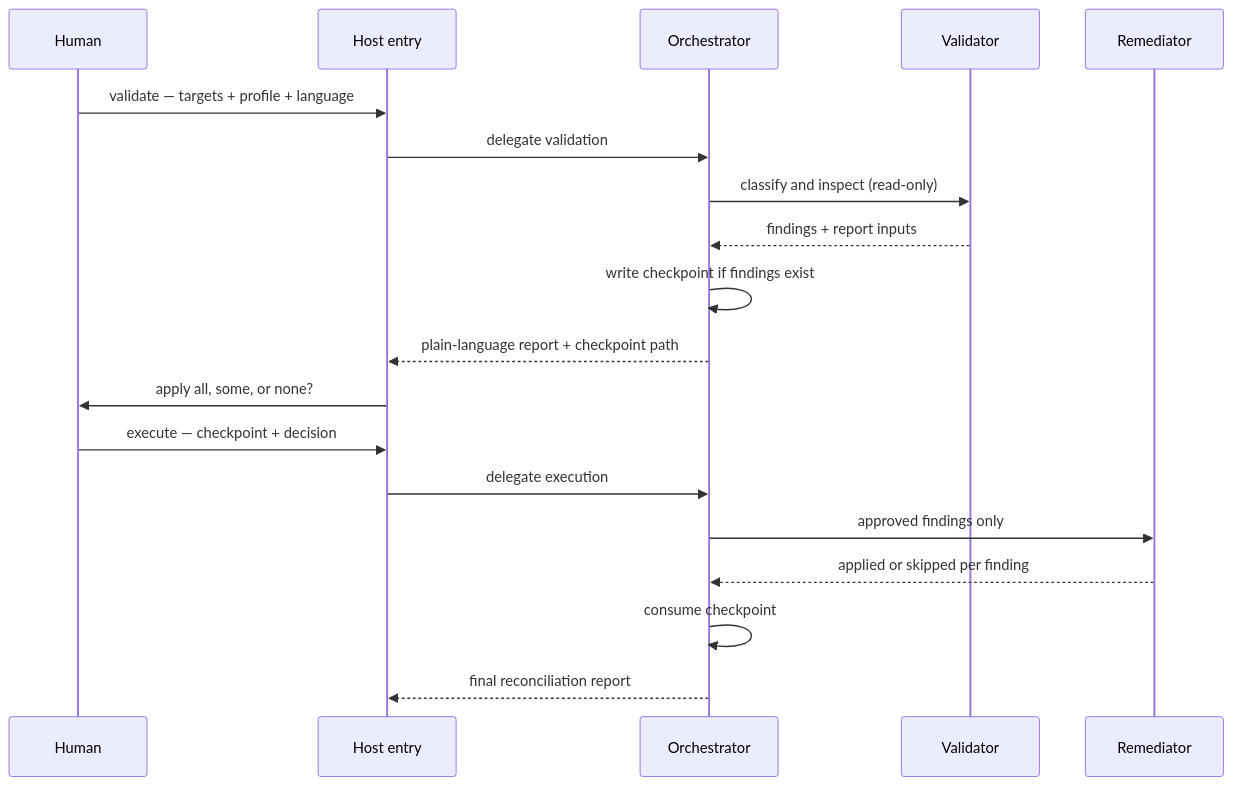
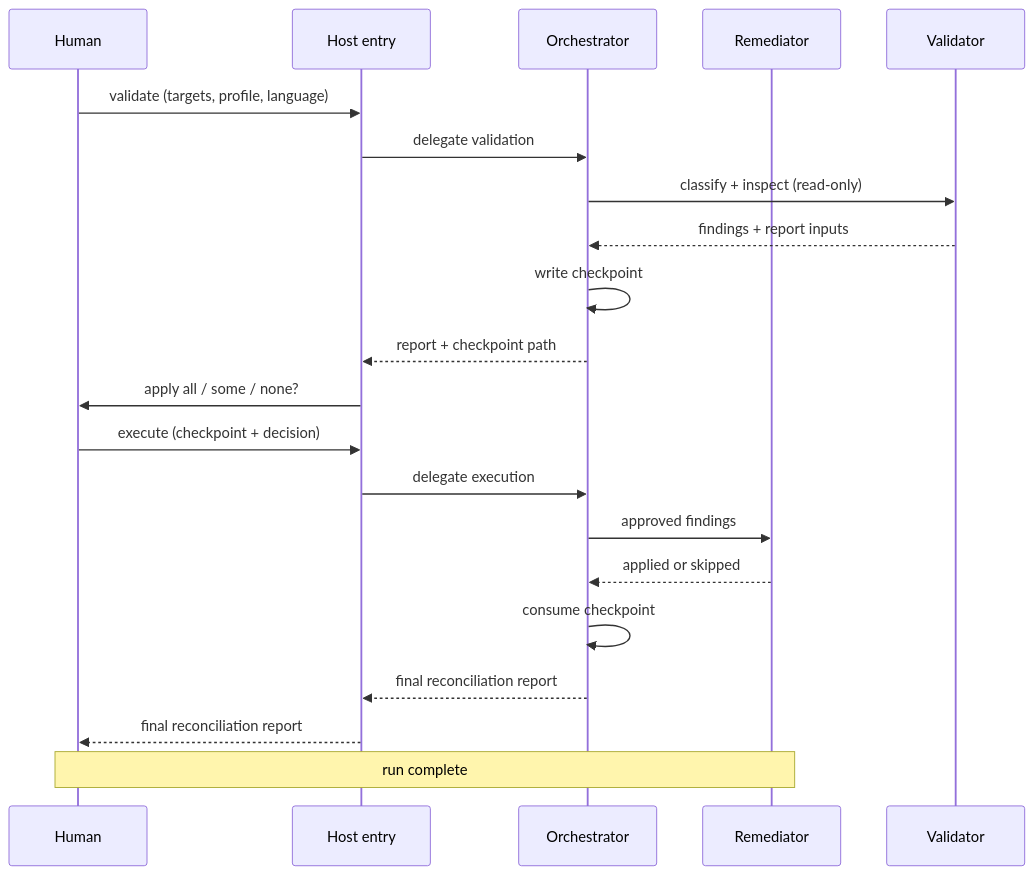
Before and after one commit to theocarranza/orchestration-quality-control-agnostic: the second of 3 diagrams in README.md, drawn with Mermaid. The commit also changed other lines of this file and 45 other files, not shown here.

````diff
--- a/README.md
+++ b/README.md
@@ -75,22 +75,24 @@
 ```mermaid
 sequenceDiagram
     participant U as Human
     participant H as Host entry
     participant O as Orchestrator
+    participant R as Remediator
     participant V as Validator
-    participant R as Remediator
 
-    U->>H: validate — targets + profile + language
+    U->>H: validate (targets, profile, language)
     H->>O: delegate validation
-    O->>V: classify and inspect (read-only)
+    O->>V: classify + inspect (read-only)
     V-->>O: findings + report inputs
-    O->>O: write checkpoint if findings exist
-    O-->>H: plain-language report + checkpoint path
-    H->>U: apply all, some, or none?
-    U->>H: execute — checkpoint + decision
+    O->>O: write checkpoint
+    O-->>H: report + checkpoint path
+    H->>U: apply all / some / none?
+    U->>H: execute (checkpoint + decision)
     H->>O: delegate execution
-    O->>R: approved findings only
-    R-->>O: applied or skipped per finding
+    O->>R: approved findings
+    R-->>O: applied or skipped
     O->>O: consume checkpoint
     O-->>H: final reconciliation report
+    H-->>U: final reconciliation report
+    Note over U,R: run complete
 ```
````
